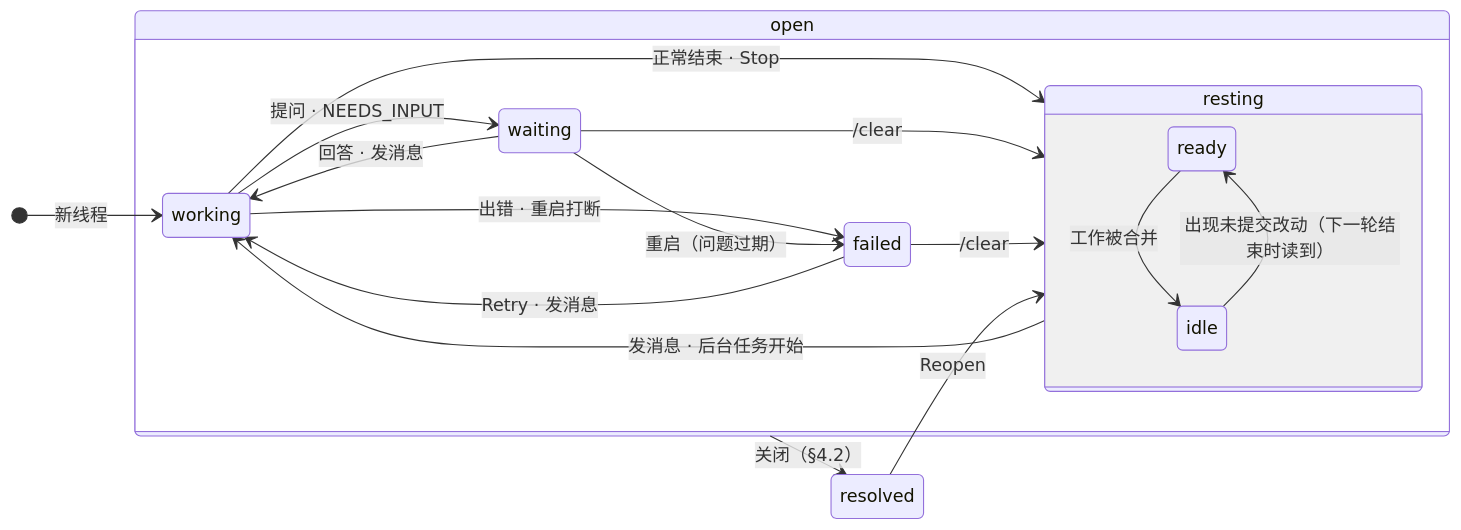
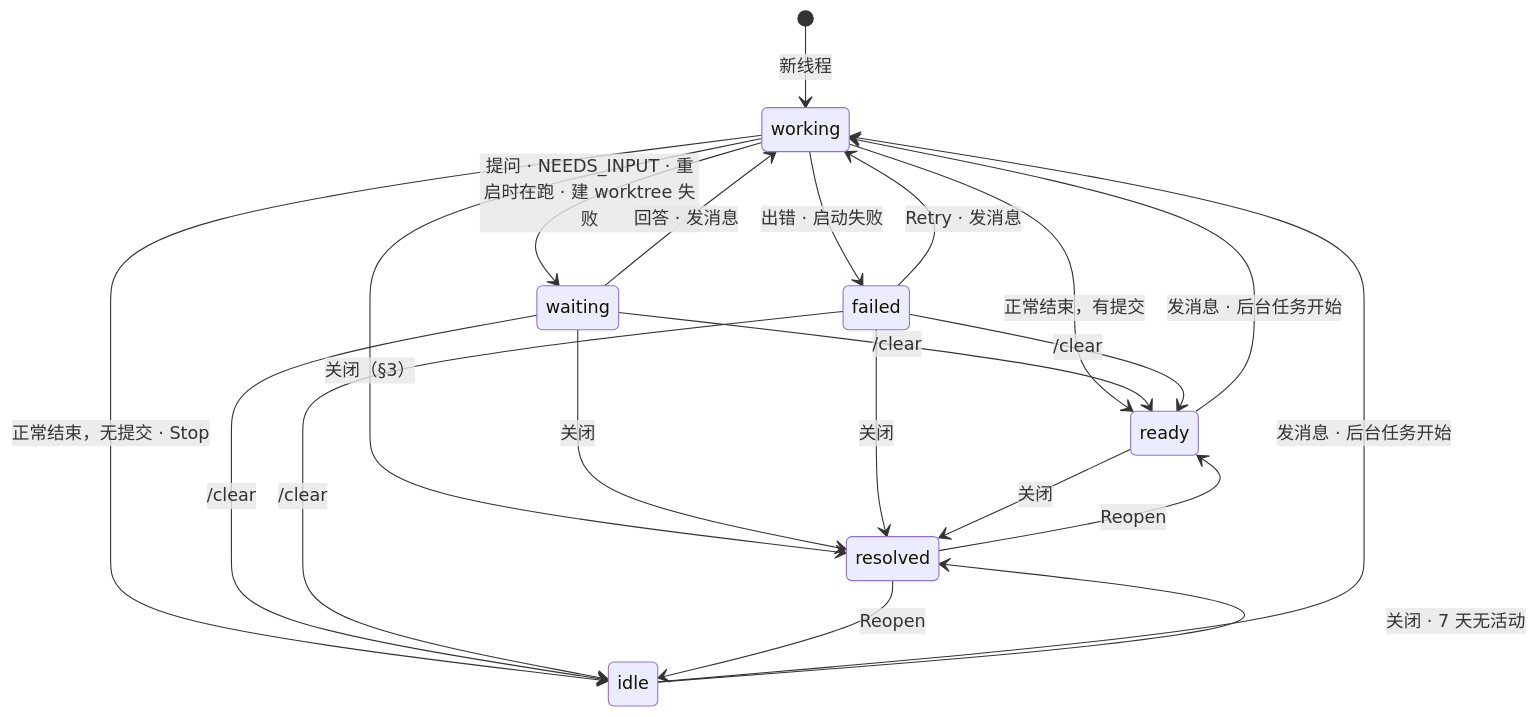
Before and after one commit to tingly-dev/tingly-box: the diagram in projects/.design/thread-lifecycle.md, drawn with Mermaid. The commit also changed other lines of this file and 2 other files, not shown here.

````diff
--- a/projects/.design/thread-lifecycle.md
+++ b/projects/.design/thread-lifecycle.md
@@ -85,22 +40,23 @@
 ```mermaid
 stateDiagram-v2
-    direction LR
-    state open {
-        working --> waiting: 提问 · NEEDS_INPUT
-        working --> failed: 出错 · 重启打断
-        working --> resting: 正常结束 · Stop
-        waiting --> working: 回答 · 发消息
-        waiting --> failed: 重启（问题过期）
-        failed --> working: Retry · 发消息
-        resting --> working: 发消息 · 后台任务开始
-        waiting --> resting: /clear
-        failed --> resting: /clear
-        state resting {
-            ready --> idle: 工作被合并
-            idle --> ready: 出现未提交改动（下一轮结束时读到）
-        }
-    }
     [*] --> working: 新线程
-    open --> resolved: 关闭（§4.2）
-    resolved --> resting: Reopen
+    working --> waiting: 提问 · NEEDS_INPUT · 重启时在跑 · 建 worktree 失败
+    working --> failed: 出错 · 启动失败
+    working --> ready: 正常结束，有提交
+    working --> idle: 正常结束，无提交 · Stop
+    waiting --> working: 回答 · 发消息
+    failed --> working: Retry · 发消息
+    ready --> working: 发消息 · 后台任务开始
+    idle --> working: 发消息 · 后台任务开始
+    waiting --> ready: /clear
+    waiting --> idle: /clear
+    failed --> ready: /clear
+    failed --> idle: /clear
+    working --> resolved: 关闭（§3）
+    waiting --> resolved: 关闭
+    failed --> resolved: 关闭
+    ready --> resolved: 关闭
+    idle --> resolved: 关闭 · 7 天无活动
+    resolved --> ready: Reopen
+    resolved --> idle: Reopen
 ```
````
